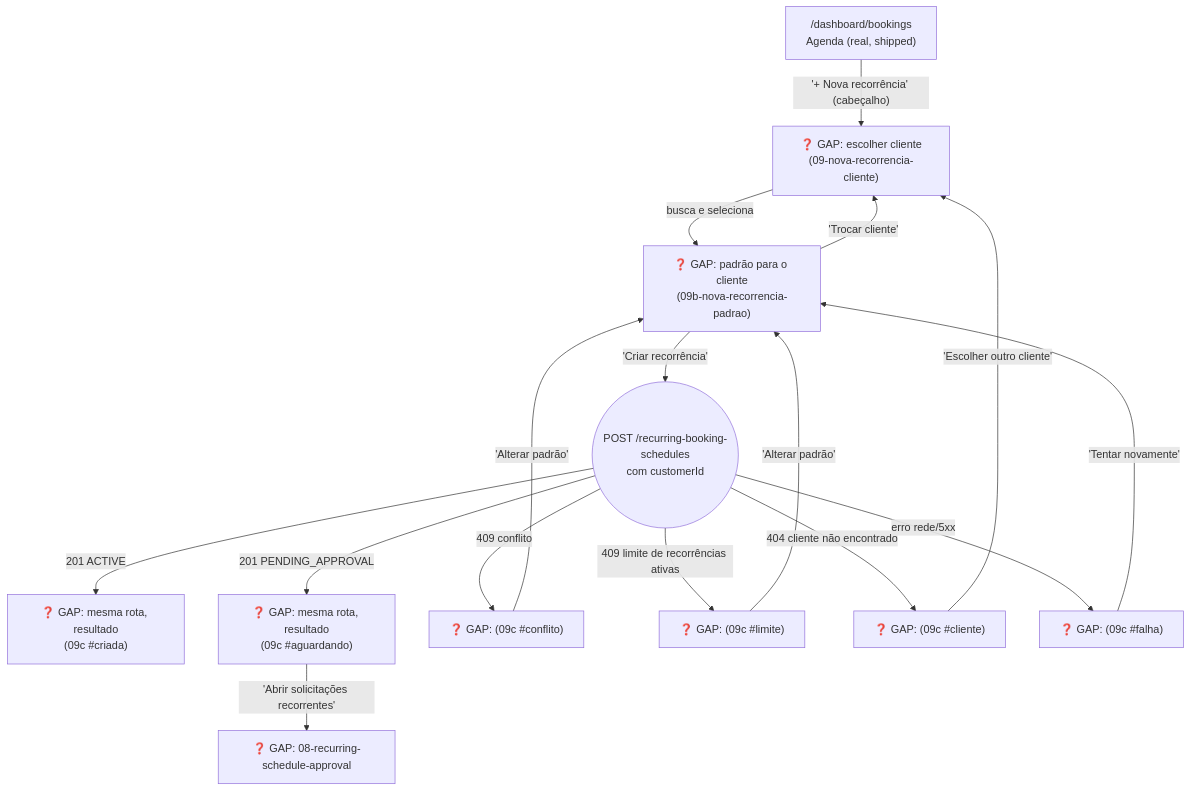
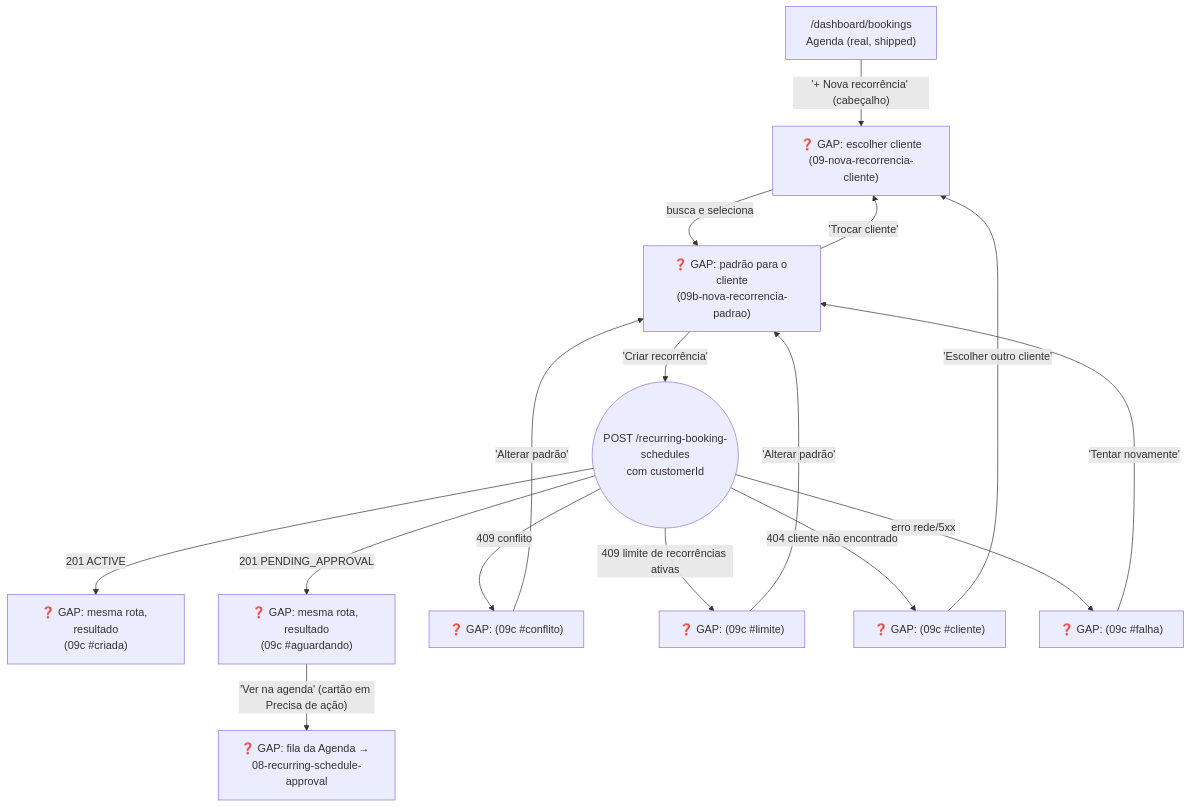
Before and after one commit to lmmoreira/ikaro: the third of 4 diagrams in plan/journey/staff/agenda.md, drawn with Mermaid. The commit also changed other lines of this file and 7 other files, not shown here.

First line of the commit message:
docs(journey): put recurrence requests in the Agenda's Precisa de ação queue with a filter balloon (M23-S13)

````diff
--- a/plan/journey/staff/agenda.md
+++ b/plan/journey/staff/agenda.md
@@ -153,22 +177,22 @@
 ```mermaid
 flowchart TD
     classDef gap stroke:#f00,stroke-dasharray: 5 5,fill:#fee
 
     Agenda["/dashboard/bookings<br/>Agenda (real, shipped)"] -->|"'+ Nova recorrência' (cabeçalho)"| Cliente["❓ GAP: escolher cliente<br/>(09-nova-recorrencia-cliente)"]
     Cliente -->|"busca e seleciona"| Padrao["❓ GAP: padrão para o cliente<br/>(09b-nova-recorrencia-padrao)"]
     Padrao -->|"'Trocar cliente'"| Cliente
     Padrao -->|"'Criar recorrência'"| Envio(("POST /recurring-booking-schedules<br/>com customerId"))
 
     Envio -->|"201 ACTIVE"| Criada["❓ GAP: mesma rota, resultado<br/>(09c #criada)"]
     Envio -->|"201 PENDING_APPROVAL"| Aguardando["❓ GAP: mesma rota, resultado<br/>(09c #aguardando)"]
     Envio -->|"409 conflito"| Conflito["❓ GAP: (09c #conflito)"]
     Envio -->|"409 limite de recorrências ativas"| Limite["❓ GAP: (09c #limite)"]
     Envio -->|"404 cliente não encontrado"| ClienteNaoEncontrado["❓ GAP: (09c #cliente)"]
     Envio -->|"erro rede/5xx"| Falha["❓ GAP: (09c #falha)"]
 
-    Aguardando -->|"'Abrir solicitações recorrentes'"| Aprovar["❓ GAP: 08-recurring-schedule-approval"]
+    Aguardando -->|"'Ver na agenda' (cartão em Precisa de ação)"| Aprovar["❓ GAP: fila da Agenda → 08-recurring-schedule-approval"]
     Conflito -->|"'Alterar padrão'"| Padrao
     Limite -->|"'Alterar padrão'"| Padrao
     ClienteNaoEncontrado -->|"'Escolher outro cliente'"| Cliente
     Falha -->|"'Tentar novamente'"| Padrao
 ```
````
